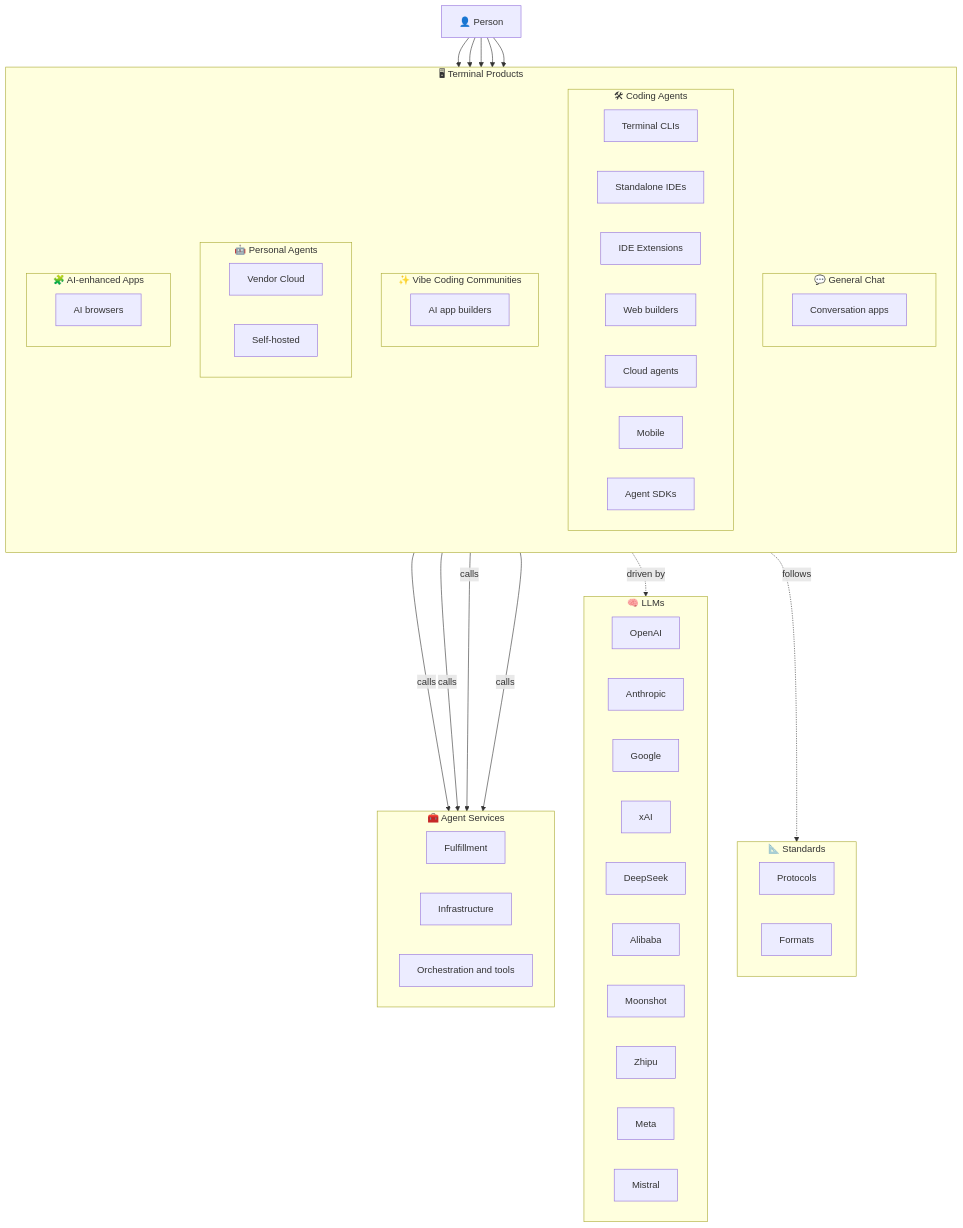
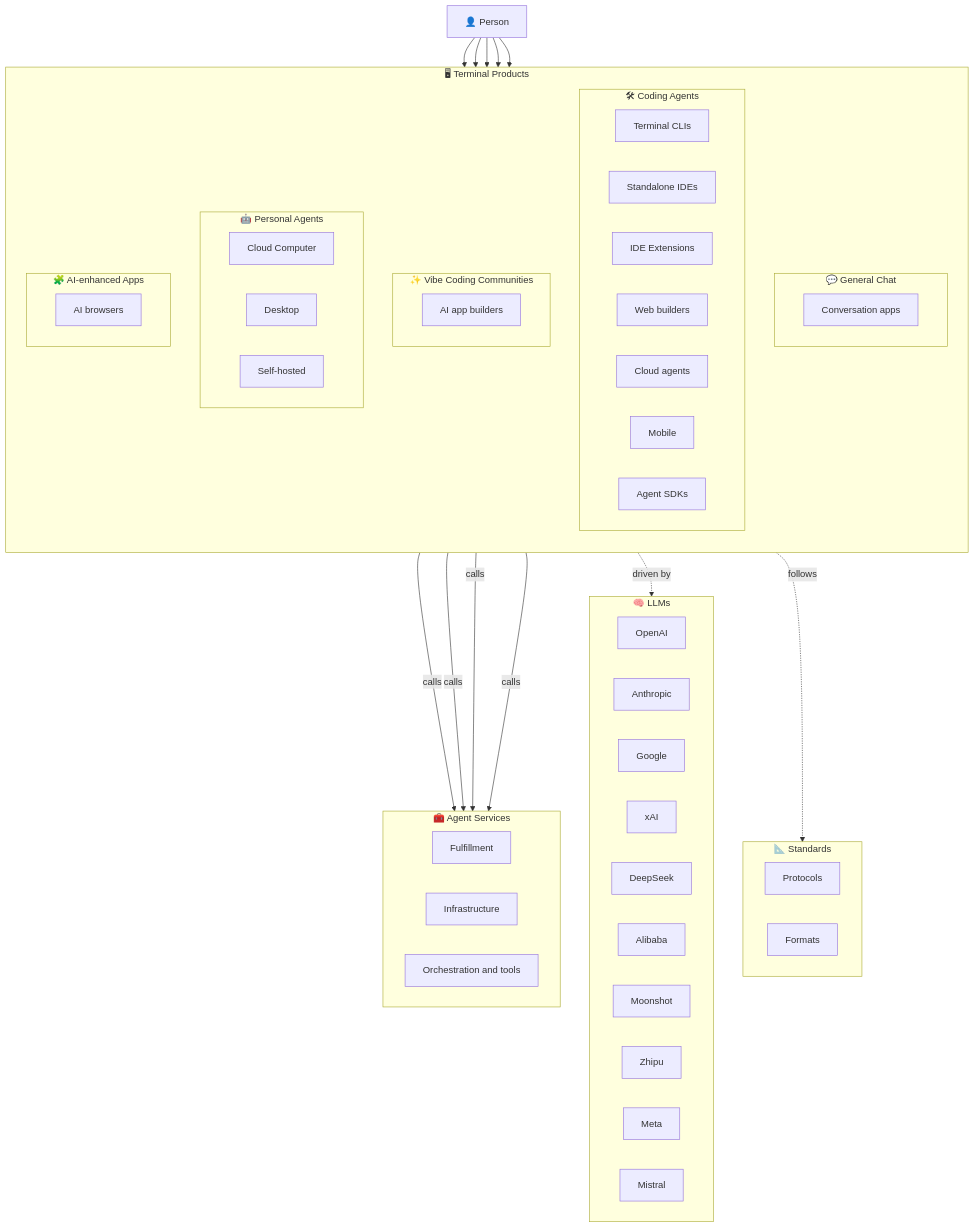
The diagram in README.md (0xWelt/Awesome-Vibe-Coding), drawn with Mermaid before and after one commit. The commit also changed other lines of this file and 28 other files, not shown here.

First line of the commit message:
refactor: 按运行时将 Personal Agents 拆为 Cloud Computer、Desktop 和 Self-hosted (#459)

````diff
--- a/README.md
+++ b/README.md
@@ -32,74 +32,75 @@
 ```mermaid
 flowchart TB
     Person["👤 Person"]
 
     subgraph products["🖥 Terminal Products"]
         direction TB
         subgraph chat["💬 General Chat"]
             direction LR
             GC1["Conversation apps"]
         end
         subgraph coding["🛠 Coding Agents"]
             direction LR
             H1["Terminal CLIs"]
             H2["Standalone IDEs"]
             H3["IDE Extensions"]
             H4["Web builders"]
             H5["Cloud agents"]
             H6["Mobile"]
             H7["Agent SDKs"]
         end
         subgraph community["✨ Vibe Coding Communities"]
             direction LR
             C1["AI app builders"]
         end
         subgraph personal["🤖 Personal Agents"]
             direction LR
-            P1["Vendor Cloud"]
-            P2["Self-hosted"]
+            P1["Cloud Computer"]
+            P2["Desktop"]
+            P3["Self-hosted"]
         end
         subgraph apps["🧩 AI-enhanced Apps"]
             direction LR
             A1["AI browsers"]
         end
     end
 
     subgraph services["🧰 Agent Services"]
         direction LR
         S1["Fulfillment"]
         S2["Infrastructure"]
         S3["Orchestration and tools"]
     end
 
     subgraph llms["🧠 LLMs"]
         direction LR
         L1["OpenAI"]
         L2["Anthropic"]
         L3["Google"]
         L4["xAI"]
         L5["DeepSeek"]
         L6["Alibaba"]
         L7["Moonshot"]
         L8["Zhipu"]
         L9["Meta"]
         L10["Mistral"]
     end
 
     subgraph standards["📐 Standards"]
         direction LR
         ST1["Protocols"]
         ST2["Formats"]
     end
 
     Person --> chat
     Person --> coding
     Person --> community
     Person --> personal
     Person --> apps
     chat -->|calls| services
     coding -->|calls| services
     personal -->|calls| services
     apps -->|calls| services
     coding -.->|driven by| llms
     coding -.->|follows| standards
 ```
````
